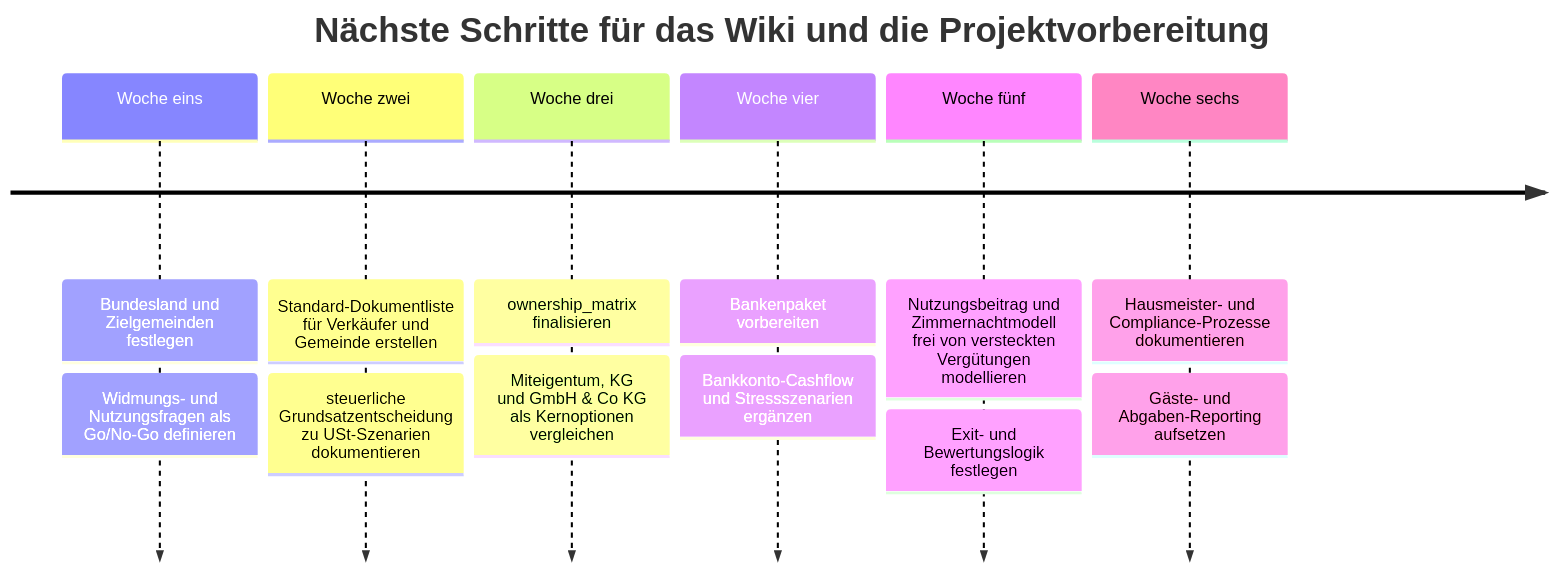
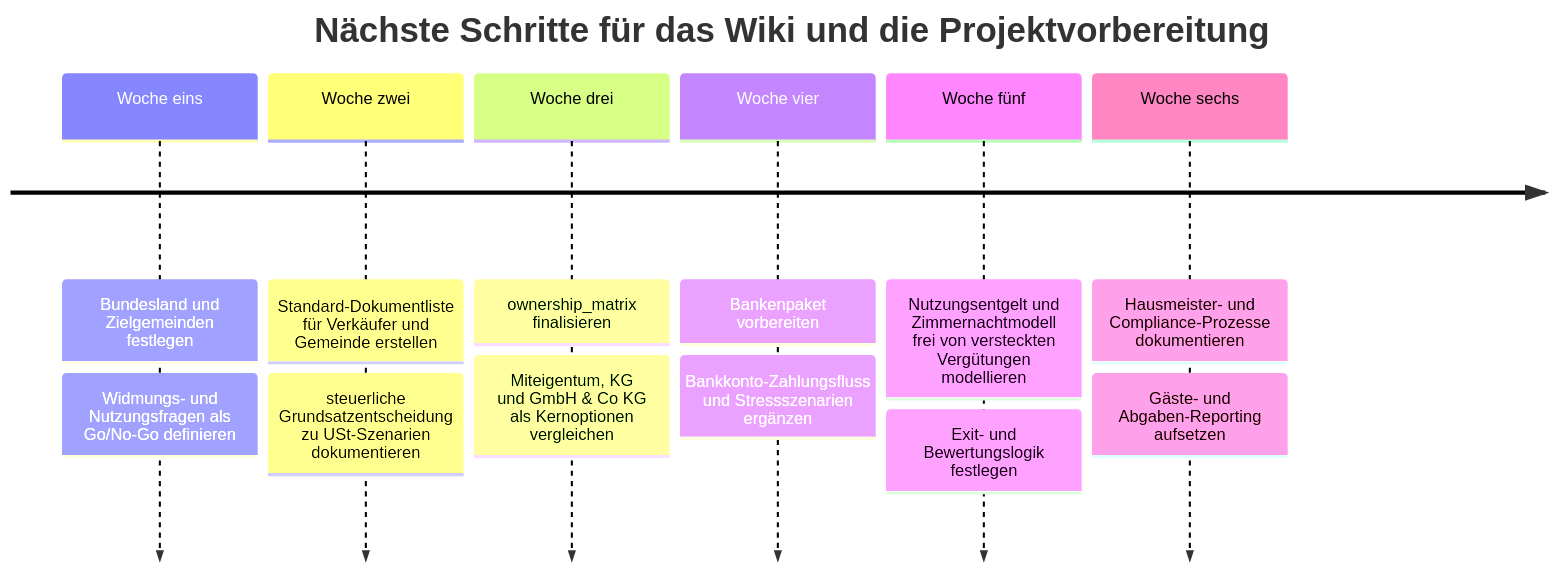
Before and after one commit to pdoeble/RenntnerHazienda: the second of 2 diagrams in wiki/01_overall.md, drawn with Mermaid. The commit also changed other lines of this file and 9 other files, not shown here.

````diff
--- a/wiki/01_overall.md
+++ b/wiki/01_overall.md
@@ -289,16 +289,16 @@
 ```mermaid
 timeline
     title Nächste Schritte für das Wiki und die Projektvorbereitung
     Woche eins : Bundesland und Zielgemeinden festlegen
                : Widmungs- und Nutzungsfragen als Go/No-Go definieren
     Woche zwei : Standard-Dokumentliste für Verkäufer und Gemeinde erstellen
                : steuerliche Grundsatzentscheidung zu USt-Szenarien dokumentieren
     Woche drei : ownership_matrix finalisieren
                 : Miteigentum, KG und GmbH & Co KG als Kernoptionen vergleichen
     Woche vier : Bankenpaket vorbereiten
-                : Bankkonto-Cashflow und Stressszenarien ergänzen
-    Woche fünf : Nutzungsbeitrag und Zimmernachtmodell frei von versteckten Vergütungen modellieren
+                : Bankkonto-Zahlungsfluss und Stressszenarien ergänzen
+    Woche fünf : Nutzungsentgelt und Zimmernachtmodell frei von versteckten Vergütungen modellieren
                 : Exit- und Bewertungslogik festlegen
     Woche sechs : Hausmeister- und Compliance-Prozesse dokumentieren
                 : Gäste- und Abgaben-Reporting aufsetzen
 ```
````
